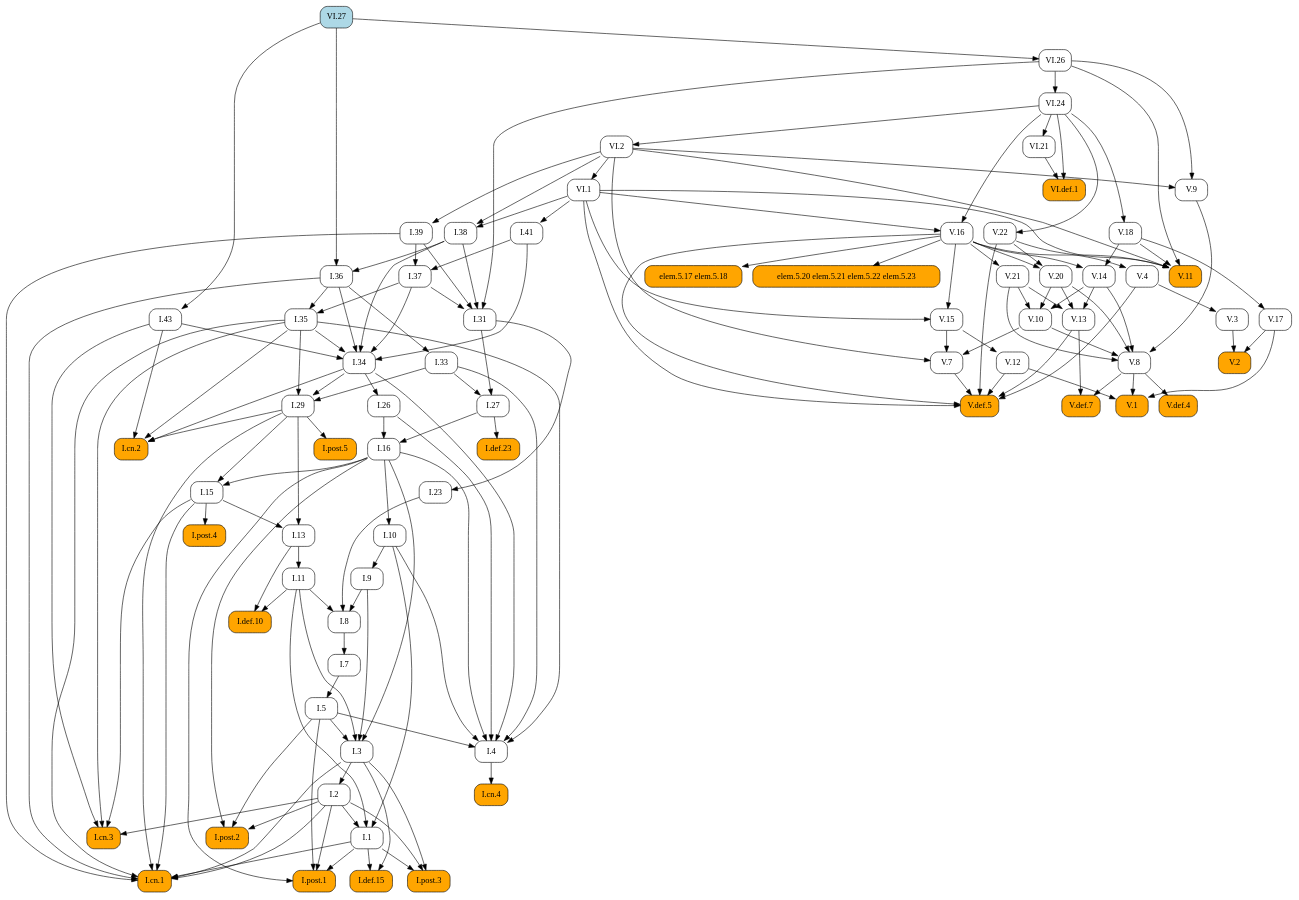
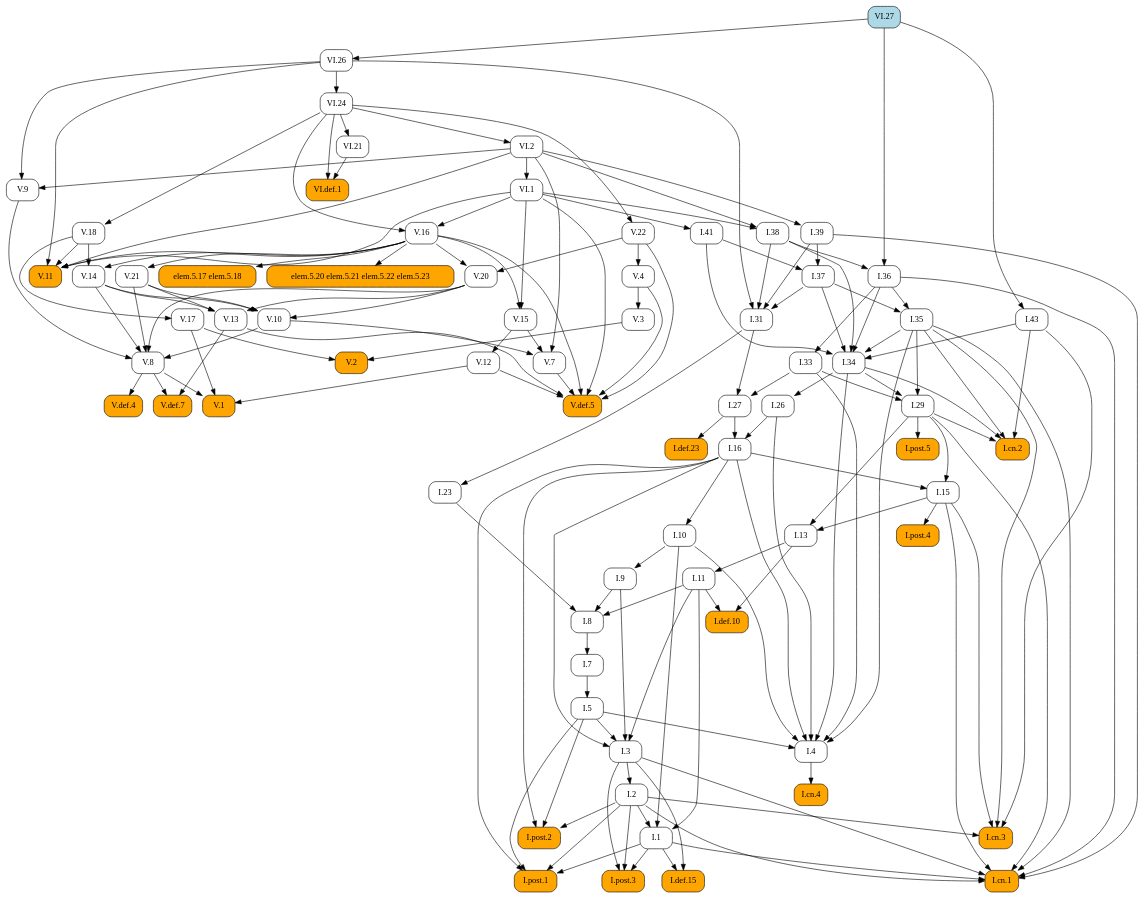
One commit to geometor/elements changed the diagram in docsrc/elements2/VI/27/index.rst. Above: the diagram before and after it, drawn with Graphviz. The commit also changed other lines of this file and 409 other files, not shown here.

First line of the commit message:
feat: Add image cropping and graphic extraction script

```diff
--- a/docsrc/elements2/VI/27/index.rst
+++ b/docsrc/elements2/VI/27/index.rst
@@ -63,197 +63,96 @@
    digraph {
      rankdir="TB";
      node [shape=box, style=rounded];
+     "I.31" [URL="/elements2/I/31/", target="_top"];
+     "I.41" [URL="/elements2/I/41/", target="_top"];
      "I.8" [URL="/elements2/I/8/", target="_top"];
+     "V.10" [URL="/elements2/V/10/", target="_top"];
+     "V.8" [URL="/elements2/V/8/", target="_top"];
+     "I.15" [URL="/elements2/I/15/", target="_top"];
+     "VI.1" [URL="/elements2/VI/1/", target="_top"];
+     "I.26" [URL="/elements2/I/26/", target="_top"];
+     "I.cn.1" [style="rounded,filled", fillcolor=orange, URL="/elements2/I/cn.1/", target="_top"];
+     "elem.5.20 elem.5.21 elem.5.22 elem.5.23" [style="rounded,filled", fillcolor=orange];
+     "V.def.5" [style="rounded,filled", fillcolor=orange, URL="/elements2/V/def.5/", target="_top"];
+     "V.17" [URL="/elements2/V/17/", target="_top"];
+     "I.16" [URL="/elements2/I/16/", target="_top"];
+     "I.35" [URL="/elements2/I/35/", target="_top"];
+     "I.34" [URL="/elements2/I/34/", target="_top"];
+     "I.33" [URL="/elements2/I/33/", target="_top"];
+     "V.15" [URL="/elements2/V/15/", target="_top"];
+     "V.4" [URL="/elements2/V/4/", target="_top"];
+     "V.14" [URL="/elements2/V/14/", target="_top"];
+     "elem.5.17 elem.5.18" [style="rounded,filled", fillcolor=orange];
+     "V.3" [URL="/elements2/V/3/", target="_top"];
+     "I.def.15" [style="rounded,filled", fillcolor=orange, URL="/elements2/I/def.15/", target="_top"];
+     "I.11" [URL="/elements2/I/11/", target="_top"];
+     "V.11" [style="rounded,filled", fillcolor=orange, URL="/elements2/V/11/", target="_top"];
+     "I.cn.3" [style="rounded,filled", fillcolor=orange, URL="/elements2/I/cn.3/", target="_top"];
+     "I.9" [URL="/elements2/I/9/", target="_top"];
+     "I.29" [URL="/elements2/I/29/", target="_top"];
+     "I.36" [URL="/elements2/I/36/", target="_top"];
+     "V.13" [URL="/elements2/V/13/", target="_top"];
+     "I.post.1" [style="rounded,filled", fillcolor=orange, URL="/elements2/I/post.1/", target="_top"];
+     "V.def.4" [style="rounded,filled", fillcolor=orange, URL="/elements2/V/def.4/", target="_top"];
+     "VI.2" [URL="/elements2/VI/2/", target="_top"];
+     "I.27" [URL="/elements2/I/27/", target="_top"];
+     "V.1" [style="rounded,filled", fillcolor=orange, URL="/elements2/V/1/", target="_top"];
+     "I.cn.4" [style="rounded,filled", fillcolor=orange, URL="/elements2/I/cn.4/", target="_top"];
+     "I.post.4" [style="rounded,filled", fillcolor=orange, URL="/elements2/I/post.4/", target="_top"];
+     "I.cn.2" [style="rounded,filled", fillcolor=orange, URL="/elements2/I/cn.2/", target="_top"];
+     "V.7" [URL="/elements2/V/7/", target="_top"];
+     "I.37" [URL="/elements2/I/37/", target="_top"];
+     "I.43" [URL="/elements2/I/43/", target="_top"];
+     "V.21" [URL="/elements2/V/21/", target="_top"];
+     "I.5" [URL="/elements2/I/5/", target="_top"];
+     "V.def.7" [style="rounded,filled", fillcolor=orange, URL="/elements2/V/def.7/", target="_top"];
+     "V.12" [URL="/elements2/V/12/", target="_top"];
+     "I.7" [URL="/elements2/I/7/", target="_top"];
+     "V.18" [URL="/elements2/V/18/", target="_top"];
+     "I.23" [URL="/elements2/I/23/", target="_top"];
+     "V.9" [URL="/elements2/V/9/", target="_top"];
+     "V.2" [style="rounded,filled", fillcolor=orange, URL="/elements2/V/2/", target="_top"];
+     "VI.21" [URL="/elements2/VI/21/", target="_top"];
+     "I.38" [URL="/elements2/I/38/", target="_top"];
      "V.20" [URL="/elements2/V/20/", target="_top"];
-     "I.36" [URL="/elements2/I/36/", target="_top"];
-     "V.def.5" [style="rounded,filled", fillcolor=orange, URL="/elements2/V/def.5/", target="_top"];
-     "I.38" [URL="/elements2/I/38/", target="_top"];
+     "VI.24" [URL="/elements2/VI/24/", target="_top"];
+     "I.def.23" [style="rounded,filled", fillcolor=orange, URL="/elements2/I/def.23/", target="_top"];
+     "VI.26" [URL="/elements2/VI/26/", target="_top"];
+     "V.16" [URL="/elements2/V/16/", target="_top"];
      "I.post.5" [style="rounded,filled", fillcolor=orange, URL="/elements2/I/post.5/", target="_top"];
      "I.def.10" [style="rounded,filled", fillcolor=orange, URL="/elements2/I/def.10/", target="_top"];
-     "I.cn.2" [style="rounded,filled", fillcolor=orange, URL="/elements2/I/cn.2/", target="_top"];
-     "I.31" [URL="/elements2/I/31/", target="_top"];
-     "I.43" [URL="/elements2/I/43/", target="_top"];
+     "I.3" [URL="/elements2/I/3/", target="_top"];
+     "VI.27" [style="rounded,filled", fillcolor=lightblue, URL="/elements2/VI/27/", target="_top"];
+     "I.10" [URL="/elements2/I/10/", target="_top"];
+     "I.13" [URL="/elements2/I/13/", target="_top"];
+     "I.4" [URL="/elements2/I/4/", target="_top"];
+     "I.post.3" [style="rounded,filled", fillcolor=orange, URL="/elements2/I/post.3/", target="_top"];
+     "I.39" [URL="/elements2/I/39/", target="_top"];
+     "I.2" [URL="/elements2/I/2/", target="_top"];
+     "VI.def.1" [style="rounded,filled", fillcolor=orange, URL="/elements2/VI/def.1/", target="_top"];
+     "I.1" [URL="/elements2/I/1/", target="_top"];
      "I.post.2" [style="rounded,filled", fillcolor=orange, URL="/elements2/I/post.2/", target="_top"];
-     "I.def.23" [style="rounded,filled", fillcolor=orange, URL="/elements2/I/def.23/", target="_top"];
-     "I.26" [URL="/elements2/I/26/", target="_top"];
-     "VI.21" [URL="/elements2/VI/21/", target="_top"];
-     "V.17" [URL="/elements2/V/17/", target="_top"];
-     "V.3" [URL="/elements2/V/3/", target="_top"];
-     "I.cn.3" [style="rounded,filled", fillcolor=orange, URL="/elements2/I/cn.3/", target="_top"];
-     "V.2" [style="rounded,filled", fillcolor=orange, URL="/elements2/V/2/", target="_top"];
-     "V.12" [URL="/elements2/V/12/", target="_top"];
      "V.22" [URL="/elements2/V/22/", target="_top"];
-     "VI.27" [style="rounded,filled", fillcolor=lightblue, URL="/elements2/VI/27/", target="_top"];
-     "I.35" [URL="/elements2/I/35/", target="_top"];
-     "I.41" [URL="/elements2/I/41/", target="_top"];
-     "I.27" [URL="/elements2/I/27/", target="_top"];
-     "I.4" [URL="/elements2/I/4/", target="_top"];
-     "V.8" [URL="/elements2/V/8/", target="_top"];
-     "VI.2" [URL="/elements2/VI/2/", target="_top"];
-     "I.39" [URL="/elements2/I/39/", target="_top"];
-     "I.15" [URL="/elements2/I/15/", target="_top"];
-     "I.34" [URL="/elements2/I/34/", target="_top"];
-     "VI.24" [URL="/elements2/VI/24/", target="_top"];
-     "I.post.3" [style="rounded,filled", fillcolor=orange, URL="/elements2/I/post.3/", target="_top"];
-     "V.18" [URL="/elements2/V/18/", target="_top"];
-     "V.def.4" [style="rounded,filled", fillcolor=orange, URL="/elements2/V/def.4/", target="_top"];
-     "I.post.1" [style="rounded,filled", fillcolor=orange, URL="/elements2/I/post.1/", target="_top"];
-     "I.33" [URL="/elements2/I/33/", target="_top"];
-     "I.5" [URL="/elements2/I/5/", target="_top"];
-     "elem.5.17 elem.5.18" [style="rounded,filled", fillcolor=orange];
-     "VI.1" [URL="/elements2/VI/1/", target="_top"];
-     "V.11" [style="rounded,filled", fillcolor=orange, URL="/elements2/V/11/", target="_top"];
-     "V.13" [URL="/elements2/V/13/", target="_top"];
-     "V.9" [URL="/elements2/V/9/", target="_top"];
-     "V.16" [URL="/elements2/V/16/", target="_top"];
-     "I.def.15" [style="rounded,filled", fillcolor=orange, URL="/elements2/I/def.15/", target="_top"];
-     "V.15" [URL="/elements2/V/15/", target="_top"];
-     "I.11" [URL="/elements2/I/11/", target="_top"];
-     "I.3" [URL="/elements2/I/3/", target="_top"];
-     "V.14" [URL="/elements2/V/14/", target="_top"];
-     "V.10" [URL="/elements2/V/10/", target="_top"];
-     "I.1" [URL="/elements2/I/1/", target="_top"];
-     "I.cn.4" [style="rounded,filled", fillcolor=orange, URL="/elements2/I/cn.4/", target="_top"];
-     "I.23" [URL="/elements2/I/23/", target="_top"];
-     "I.7" [URL="/elements2/I/7/", target="_top"];
-     "I.9" [URL="/elements2/I/9/", target="_top"];
-     "V.1" [style="rounded,filled", fillcolor=orange, URL="/elements2/V/1/", target="_top"];
-     "I.cn.1" [style="rounded,filled", fillcolor=orange, URL="/elements2/I/cn.1/", target="_top"];
-     "I.29" [URL="/elements2/I/29/", target="_top"];
-     "I.16" [URL="/elements2/I/16/", target="_top"];
-     "V.21" [URL="/elements2/V/21/", target="_top"];
-     "I.13" [URL="/elements2/I/13/", target="_top"];
-     "elem.5.20 elem.5.21 elem.5.22 elem.5.23" [style="rounded,filled", fillcolor=orange];
-     "V.7" [URL="/elements2/V/7/", target="_top"];
-     "I.post.4" [style="rounded,filled", fillcolor=orange, URL="/elements2/I/post.4/", target="_top"];
-     "VI.def.1" [style="rounded,filled", fillcolor=orange, URL="/elements2/VI/def.1/", target="_top"];
-     "I.2" [URL="/elements2/I/2/", target="_top"];
-     "I.37" [URL="/elements2/I/37/", target="_top"];
-     "I.10" [URL="/elements2/I/10/", target="_top"];
-     "V.def.7" [style="rounded,filled", fillcolor=orange, URL="/elements2/V/def.7/", target="_top"];
-     "VI.26" [URL="/elements2/VI/26/", target="_top"];
-     "V.4" [URL="/elements2/V/4/", target="_top"];
-     "I.9" -> "I.8";
-     "I.11" -> "I.8";
-     "I.23" -> "I.8";
-     "V.16" -> "V.20";
-     "V.22" -> "V.20";
-     "I.38" -> "I.36";
-     "VI.27" -> "I.36";
-     "V.4" -> "V.def.5";
-     "V.7" -> "V.def.5";
-     "V.12" -> "V.def.5";
-     "V.13" -> "V.def.5";
-     "V.16" -> "V.def.5";
-     "V.22" -> "V.def.5";
-     "VI.1" -> "V.def.5";
-     "VI.1" -> "I.38";
-     "VI.2" -> "I.38";
-     "I.29" -> "I.post.5";
-     "I.11" -> "I.def.10";
-     "I.13" -> "I.def.10";
-     "I.29" -> "I.cn.2";
-     "I.34" -> "I.cn.2";
-     "I.35" -> "I.cn.2";
-     "I.43" -> "I.cn.2";
      "I.37" -> "I.31";
      "I.38" -> "I.31";
      "I.39" -> "I.31";
      "VI.26" -> "I.31";
-     "VI.27" -> "I.43";
-     "I.2" -> "I.post.2";
-     "I.5" -> "I.post.2";
-     "I.16" -> "I.post.2";
-     "I.27" -> "I.def.23";
-     "I.34" -> "I.26";
-     "VI.24" -> "VI.21";
-     "V.18" -> "V.17";
-     "V.4" -> "V.3";
-     "I.2" -> "I.cn.3";
-     "I.15" -> "I.cn.3";
-     "I.35" -> "I.cn.3";
-     "I.43" -> "I.cn.3";
-     "V.3" -> "V.2";
-     "V.17" -> "V.2";
-     "V.15" -> "V.12";
-     "VI.24" -> "V.22";
-     "I.36" -> "I.35";
-     "I.37" -> "I.35";
      "VI.1" -> "I.41";
-     "I.31" -> "I.27";
-     "I.33" -> "I.27";
-     "I.5" -> "I.4";
-     "I.10" -> "I.4";
-     "I.16" -> "I.4";
-     "I.26" -> "I.4";
-     "I.33" -> "I.4";
-     "I.34" -> "I.4";
-     "I.35" -> "I.4";
+     "I.9" -> "I.8";
+     "I.11" -> "I.8";
+     "I.23" -> "I.8";
+     "V.14" -> "V.10";
+     "V.20" -> "V.10";
+     "V.21" -> "V.10";
      "V.9" -> "V.8";
      "V.10" -> "V.8";
      "V.14" -> "V.8";
      "V.20" -> "V.8";
      "V.21" -> "V.8";
-     "VI.24" -> "VI.2";
-     "VI.2" -> "I.39";
      "I.16" -> "I.15";
      "I.29" -> "I.15";
-     "I.35" -> "I.34";
-     "I.36" -> "I.34";
-     "I.37" -> "I.34";
-     "I.38" -> "I.34";
-     "I.41" -> "I.34";
-     "I.43" -> "I.34";
-     "VI.26" -> "VI.24";
-     "I.1" -> "I.post.3";
-     "I.2" -> "I.post.3";
-     "I.3" -> "I.post.3";
-     "VI.24" -> "V.18";
-     "V.8" -> "V.def.4";
-     "I.1" -> "I.post.1";
-     "I.2" -> "I.post.1";
-     "I.5" -> "I.post.1";
-     "I.16" -> "I.post.1";
-     "I.36" -> "I.33";
-     "I.7" -> "I.5";
-     "V.16" -> "elem.5.17 elem.5.18";
      "VI.2" -> "VI.1";
-     "V.16" -> "V.11";
-     "V.18" -> "V.11";
-     "VI.1" -> "V.11";
-     "VI.2" -> "V.11";
-     "VI.26" -> "V.11";
-     "V.14" -> "V.13";
-     "V.20" -> "V.13";
-     "V.21" -> "V.13";
-     "VI.2" -> "V.9";
-     "VI.26" -> "V.9";
-     "VI.1" -> "V.16";
-     "VI.24" -> "V.16";
-     "I.1" -> "I.def.15";
-     "I.3" -> "I.def.15";
-     "V.16" -> "V.15";
-     "VI.1" -> "V.15";
-     "I.13" -> "I.11";
-     "I.5" -> "I.3";
-     "I.9" -> "I.3";
-     "I.11" -> "I.3";
-     "I.16" -> "I.3";
-     "V.16" -> "V.14";
-     "V.18" -> "V.14";
-     "V.14" -> "V.10";
-     "V.20" -> "V.10";
-     "V.21" -> "V.10";
-     "I.2" -> "I.1";
-     "I.10" -> "I.1";
-     "I.11" -> "I.1";
-     "I.4" -> "I.cn.4";
-     "I.31" -> "I.23";
-     "I.8" -> "I.7";
-     "I.10" -> "I.9";
-     "V.8" -> "V.1";
-     "V.12" -> "V.1";
-     "V.17" -> "V.1";
+     "I.34" -> "I.26";
      "I.1" -> "I.cn.1";
      "I.2" -> "I.cn.1";
      "I.3" -> "I.cn.1";
@@ -262,27 +161,128 @@
      "I.35" -> "I.cn.1";
      "I.36" -> "I.cn.1";
      "I.39" -> "I.cn.1";
+     "V.16" -> "elem.5.20 elem.5.21 elem.5.22 elem.5.23";
+     "V.4" -> "V.def.5";
+     "V.7" -> "V.def.5";
+     "V.12" -> "V.def.5";
+     "V.13" -> "V.def.5";
+     "V.16" -> "V.def.5";
+     "V.22" -> "V.def.5";
+     "VI.1" -> "V.def.5";
+     "V.18" -> "V.17";
+     "I.26" -> "I.16";
+     "I.27" -> "I.16";
+     "I.36" -> "I.35";
+     "I.37" -> "I.35";
+     "I.35" -> "I.34";
+     "I.36" -> "I.34";
+     "I.37" -> "I.34";
+     "I.38" -> "I.34";
+     "I.41" -> "I.34";
+     "I.43" -> "I.34";
+     "I.36" -> "I.33";
+     "V.16" -> "V.15";
+     "VI.1" -> "V.15";
+     "V.22" -> "V.4";
+     "V.16" -> "V.14";
+     "V.18" -> "V.14";
+     "V.16" -> "elem.5.17 elem.5.18";
+     "V.4" -> "V.3";
+     "I.1" -> "I.def.15";
+     "I.3" -> "I.def.15";
+     "I.13" -> "I.11";
+     "V.16" -> "V.11";
+     "V.18" -> "V.11";
+     "VI.1" -> "V.11";
+     "VI.2" -> "V.11";
+     "VI.26" -> "V.11";
+     "I.2" -> "I.cn.3";
+     "I.15" -> "I.cn.3";
+     "I.35" -> "I.cn.3";
+     "I.43" -> "I.cn.3";
+     "I.10" -> "I.9";
      "I.33" -> "I.29";
      "I.34" -> "I.29";
      "I.35" -> "I.29";
-     "I.26" -> "I.16";
-     "I.27" -> "I.16";
-     "V.16" -> "V.21";
-     "I.15" -> "I.13";
-     "I.29" -> "I.13";
-     "V.16" -> "elem.5.20 elem.5.21 elem.5.22 elem.5.23";
+     "I.38" -> "I.36";
+     "VI.27" -> "I.36";
+     "V.14" -> "V.13";
+     "V.20" -> "V.13";
+     "V.21" -> "V.13";
+     "I.1" -> "I.post.1";
+     "I.2" -> "I.post.1";
+     "I.5" -> "I.post.1";
+     "I.16" -> "I.post.1";
+     "V.8" -> "V.def.4";
+     "VI.24" -> "VI.2";
+     "I.31" -> "I.27";
+     "I.33" -> "I.27";
+     "V.8" -> "V.1";
+     "V.12" -> "V.1";
+     "V.17" -> "V.1";
+     "I.4" -> "I.cn.4";
+     "I.15" -> "I.post.4";
+     "I.29" -> "I.cn.2";
+     "I.34" -> "I.cn.2";
+     "I.35" -> "I.cn.2";
+     "I.43" -> "I.cn.2";
      "V.10" -> "V.7";
      "V.15" -> "V.7";
      "VI.2" -> "V.7";
-     "I.15" -> "I.post.4";
+     "I.39" -> "I.37";
+     "I.41" -> "I.37";
+     "VI.27" -> "I.43";
+     "V.16" -> "V.21";
+     "I.7" -> "I.5";
+     "V.8" -> "V.def.7";
+     "V.13" -> "V.def.7";
+     "V.15" -> "V.12";
+     "I.8" -> "I.7";
+     "VI.24" -> "V.18";
+     "I.31" -> "I.23";
+     "VI.2" -> "V.9";
+     "VI.26" -> "V.9";
+     "V.3" -> "V.2";
+     "V.17" -> "V.2";
+     "VI.24" -> "VI.21";
+     "VI.1" -> "I.38";
+     "VI.2" -> "I.38";
+     "V.16" -> "V.20";
+     "V.22" -> "V.20";
+     "VI.26" -> "VI.24";
+     "I.27" -> "I.def.23";
+     "VI.27" -> "VI.26";
+     "VI.1" -> "V.16";
+     "VI.24" -> "V.16";
+     "I.29" -> "I.post.5";
+     "I.11" -> "I.def.10";
+     "I.13" -> "I.def.10";
+     "I.5" -> "I.3";
+     "I.9" -> "I.3";
+     "I.11" -> "I.3";
+     "I.16" -> "I.3";
+     "I.16" -> "I.10";
+     "I.15" -> "I.13";
+     "I.29" -> "I.13";
+     "I.5" -> "I.4";
+     "I.10" -> "I.4";
+     "I.16" -> "I.4";
+     "I.26" -> "I.4";
+     "I.33" -> "I.4";
+     "I.34" -> "I.4";
+     "I.35" -> "I.4";
+     "I.1" -> "I.post.3";
+     "I.2" -> "I.post.3";
+     "I.3" -> "I.post.3";
+     "VI.2" -> "I.39";
+     "I.3" -> "I.2";
      "VI.21" -> "VI.def.1";
      "VI.24" -> "VI.def.1";
-     "I.3" -> "I.2";
-     "I.39" -> "I.37";
-     "I.41" -> "I.37";
-     "I.16" -> "I.10";
-     "V.8" -> "V.def.7";
-     "V.13" -> "V.def.7";
-     "VI.27" -> "VI.26";
-     "V.22" -> "V.4";
+     "I.2" -> "I.1";
+     "I.10" -> "I.1";
+     "I.11" -> "I.1";
+     "I.2" -> "I.post.2";
+     "I.5" -> "I.post.2";
+     "I.16" -> "I.post.2";
+     "VI.24" -> "V.22";
    }
```
